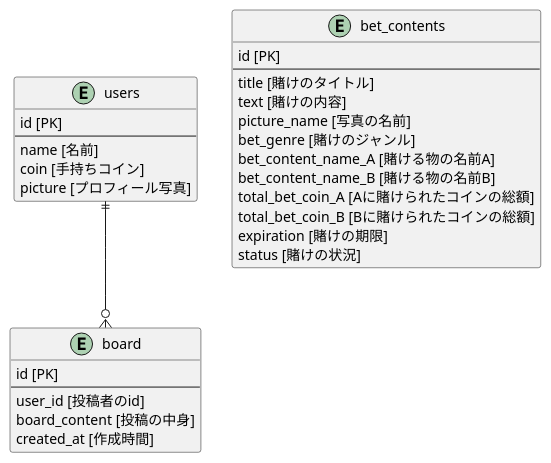
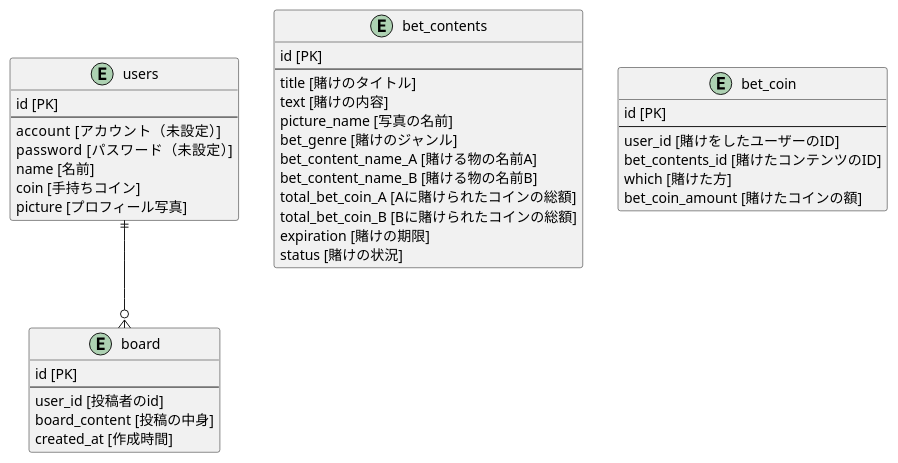
The diagram in dialogs/ER.puml (kobatastu/Daily_Bet), drawn with PlantUML before and after one commit. The commit also changed 20 other files, not shown here.

```diff
--- a/dialogs/ER.puml
+++ b/dialogs/ER.puml
@@ -1,31 +1,41 @@
 @startuml ER
 entity "users" {
   id [PK]
   --
+  account [アカウント（未設定）]
+  password [パスワード（未設定）]
   name [名前]
   coin [手持ちコイン]
   picture [プロフィール写真]
 }
 entity "board" {
   id [PK]
   --
   user_id [投稿者のid]
   board_content [投稿の中身]
   created_at [作成時間]
 }
 entity "bet_contents" {
   id [PK]
   --
   title [賭けのタイトル]
   text [賭けの内容]
   picture_name [写真の名前]
   bet_genre [賭けのジャンル]
   bet_content_name_A [賭ける物の名前A]
   bet_content_name_B [賭ける物の名前B]
   total_bet_coin_A [Aに賭けられたコインの総額]
   total_bet_coin_B [Bに賭けられたコインの総額]
   expiration [賭けの期限]
   status [賭けの状況]
 }
+entity "bet_coin" {
+  id [PK]
+  --
+  user_id [賭けをしたユーザーのID]
+  bet_contents_id [賭けたコンテンツのID]
+  which [賭けた方]
+  bet_coin_amount [賭けたコインの額]
+}
 users ||--o{ board
 @enduml
```
